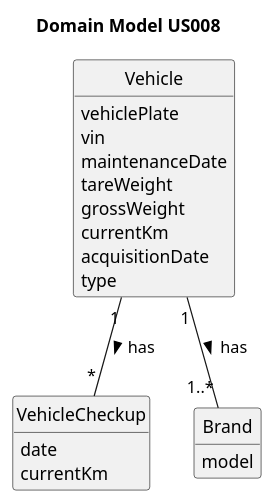
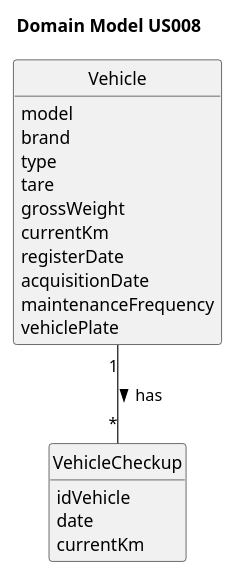
One commit to RicardoMorim/lapr2-ISEP-Project changed the diagram in docs/sprintA/us008/02.analysis/puml/us008-domain-model.puml. Above: the diagram before and after it, drawn with PlantUML. The commit also changed 1 other file, not shown here.

```diff
--- a/docs/sprintA/us008/02.analysis/puml/us008-domain-model.puml
+++ b/docs/sprintA/us008/02.analysis/puml/us008-domain-model.puml
@@ -1,36 +1,35 @@
 @startuml
 skinparam monochrome true
 skinparam packageStyle rectangle
 skinparam shadowing false
 
 skinparam classAttributeIconSize 0
 
 hide circle
 hide methods
 
 title Domain Model US008
 
 class VehicleCheckup {
+    idVehicle
     date
     currentKm
 }
 
 class Vehicle {
-    vehiclePlate
-    vin
-    maintenanceDate
-    tareWeight
+    model
+    brand
+    type
+    tare
     grossWeight
     currentKm
+    registerDate
     acquisitionDate
-    type
+    maintenanceFrequency
+    vehiclePlate
 }
 
-class Brand {
-    model
-}
 
 Vehicle "1" -- "*" VehicleCheckup: has >
-Vehicle "1" -- "1..*" Brand: has >
 
 @enduml
```
